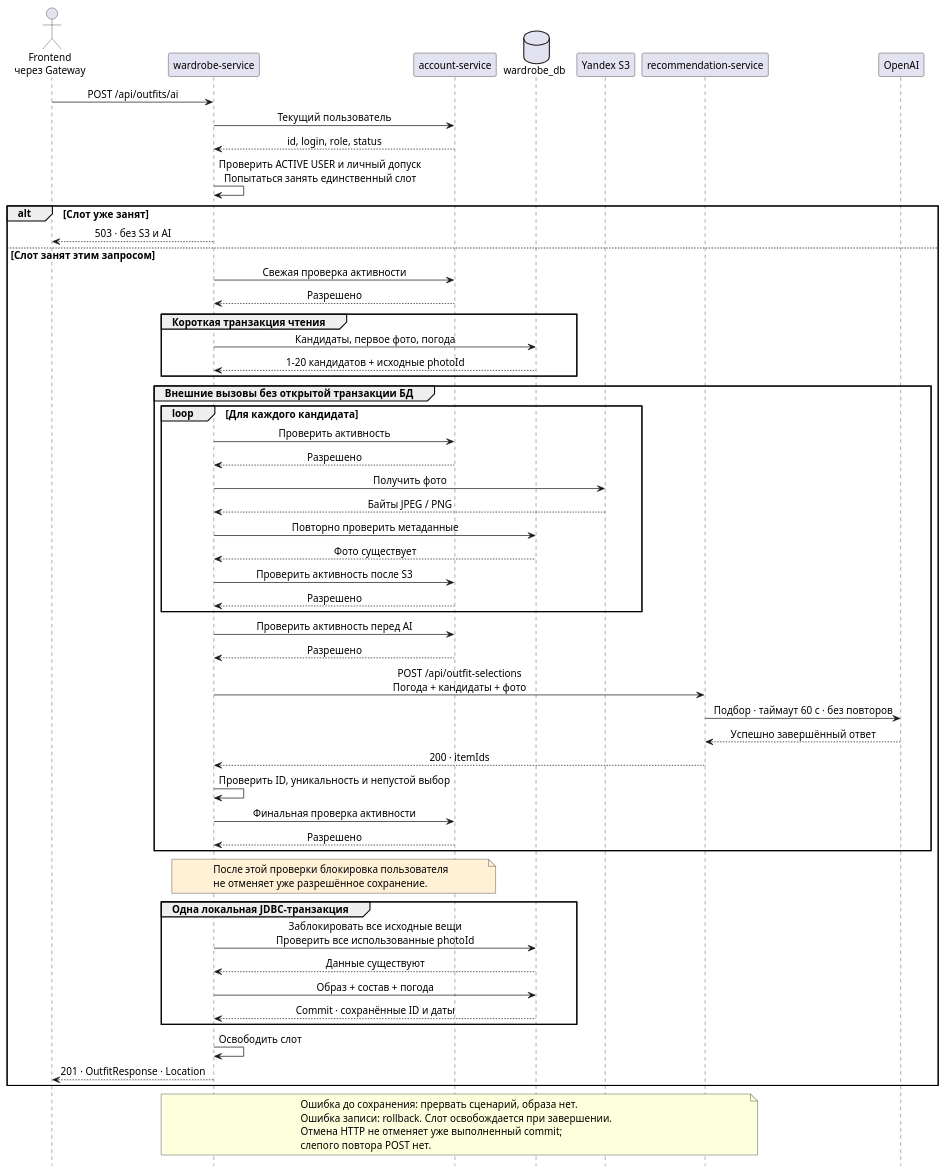
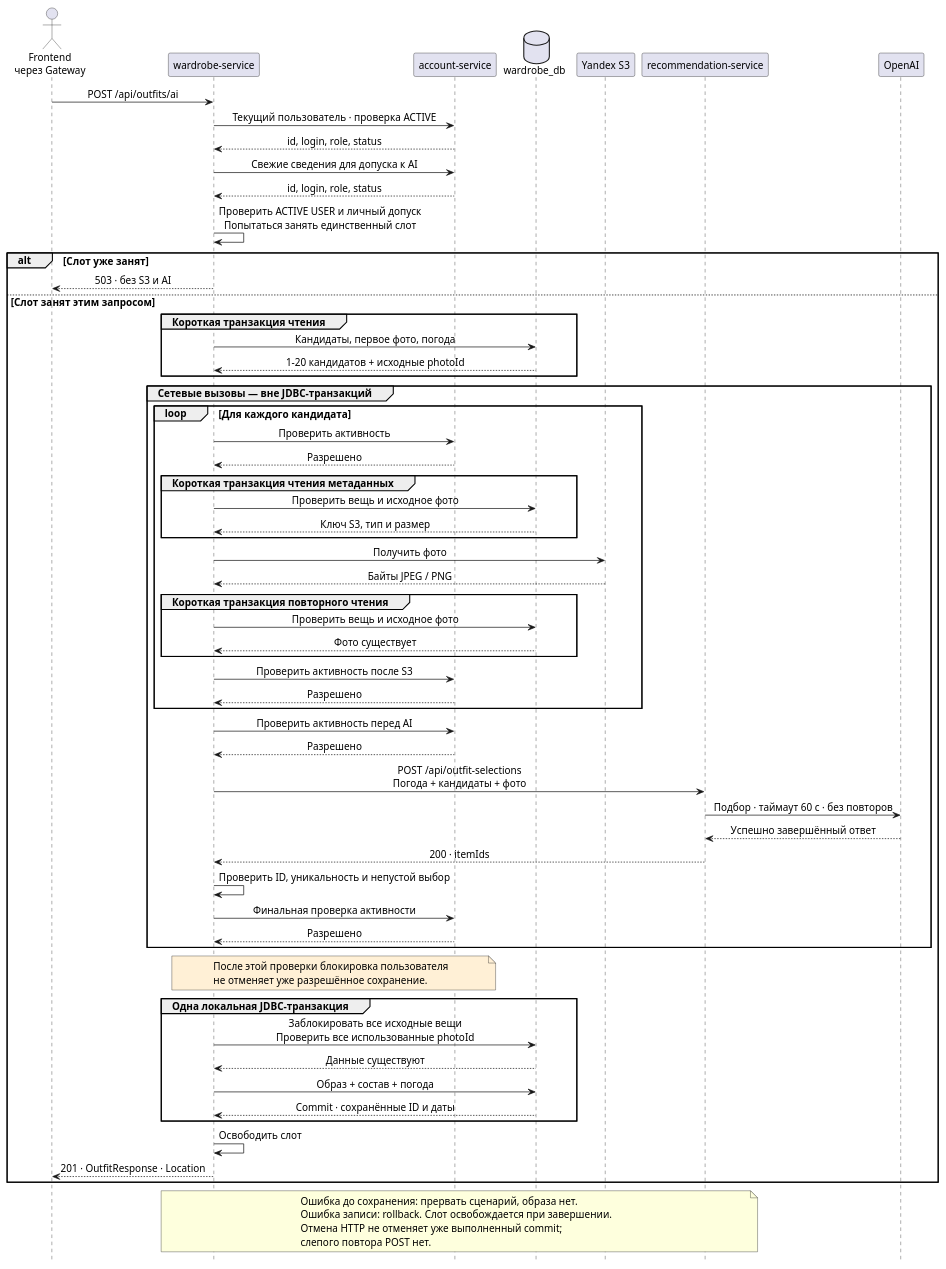
The diagram in docs/lab2/diagrams/ai-selection.puml (SimeonGor/clothes-advisor), drawn with PlantUML before and after one commit. The commit also changed 4 other files, not shown here.

Commit message:
docs(lab2): align architecture and contracts with service boundaries

```diff
--- a/docs/lab2/diagrams/ai-selection.puml
+++ b/docs/lab2/diagrams/ai-selection.puml
@@ -1,76 +1,82 @@
 @startuml ai-selection
 skinparam backgroundColor #FFFFFF
 skinparam defaultFontName SansSerif
 skinparam defaultFontSize 14
 skinparam shadowing false
 skinparam sequenceMessageAlign center
 skinparam responseMessageBelowArrow true
 hide footbox
 
 actor "Frontend\nчерез Gateway" as client
 participant "wardrobe-service" as wardrobe
 participant "account-service" as account
 database "wardrobe_db" as db
 participant "Yandex S3" as s3
 participant "recommendation-service" as recommendation
 participant "OpenAI" as ai
 
 client -> wardrobe : POST /api/outfits/ai
-wardrobe -> account : Текущий пользователь
+wardrobe -> account : Текущий пользователь · проверка ACTIVE
+account --> wardrobe : id, login, role, status
+wardrobe -> account : Свежие сведения для допуска к AI
 account --> wardrobe : id, login, role, status
 wardrobe -> wardrobe : Проверить ACTIVE USER и личный допуск\nПопытаться занять единственный слот
 
 alt Слот уже занят
   wardrobe --> client : 503 · без S3 и AI
 else Слот занят этим запросом
-  wardrobe -> account : Свежая проверка активности
-  account --> wardrobe : Разрешено
   group Короткая транзакция чтения
     wardrobe -> db : Кандидаты, первое фото, погода
     db --> wardrobe : 1–20 кандидатов + исходные photoId
   end
 
-  group Внешние вызовы без открытой транзакции БД
+  group Сетевые вызовы — вне JDBC-транзакций
     loop Для каждого кандидата
       wardrobe -> account : Проверить активность
       account --> wardrobe : Разрешено
+      group Короткая транзакция чтения метаданных
+        wardrobe -> db : Проверить вещь и исходное фото
+        db --> wardrobe : Ключ S3, тип и размер
+      end
       wardrobe -> s3 : Получить фото
       s3 --> wardrobe : Байты JPEG / PNG
-      wardrobe -> db : Повторно проверить метаданные
-      db --> wardrobe : Фото существует
+      group Короткая транзакция повторного чтения
+        wardrobe -> db : Проверить вещь и исходное фото
+        db --> wardrobe : Фото существует
+      end
       wardrobe -> account : Проверить активность после S3
       account --> wardrobe : Разрешено
     end
     wardrobe -> account : Проверить активность перед AI
     account --> wardrobe : Разрешено
     wardrobe -> recommendation : POST /api/outfit-selections\nПогода + кандидаты + фото
     recommendation -> ai : Подбор · таймаут 60 с · без повторов
     ai --> recommendation : Успешно завершённый ответ
     recommendation --> wardrobe : 200 · itemIds
     wardrobe -> wardrobe : Проверить ID, уникальность и непустой выбор
     wardrobe -> account : Финальная проверка активности
     account --> wardrobe : Разрешено
   end
 
   note over wardrobe, account #FFF0D6
     После этой проверки блокировка пользователя
     не отменяет уже разрешённое сохранение.
   end note
 
   group Одна локальная JDBC-транзакция
     wardrobe -> db : Заблокировать все исходные вещи\nПроверить все использованные photoId
     db --> wardrobe : Данные существуют
     wardrobe -> db : Образ + состав + погода
     db --> wardrobe : Commit · сохранённые ID и даты
   end
   wardrobe -> wardrobe : Освободить слот
   wardrobe --> client : 201 · OutfitResponse · Location
 end
 
 note over wardrobe, recommendation
   Ошибка до сохранения: прервать сценарий, образа нет.
   Ошибка записи: rollback. Слот освобождается при завершении.
   Отмена HTTP не отменяет уже выполненный commit;
   слепого повтора POST нет.
 end note
 @enduml
```
